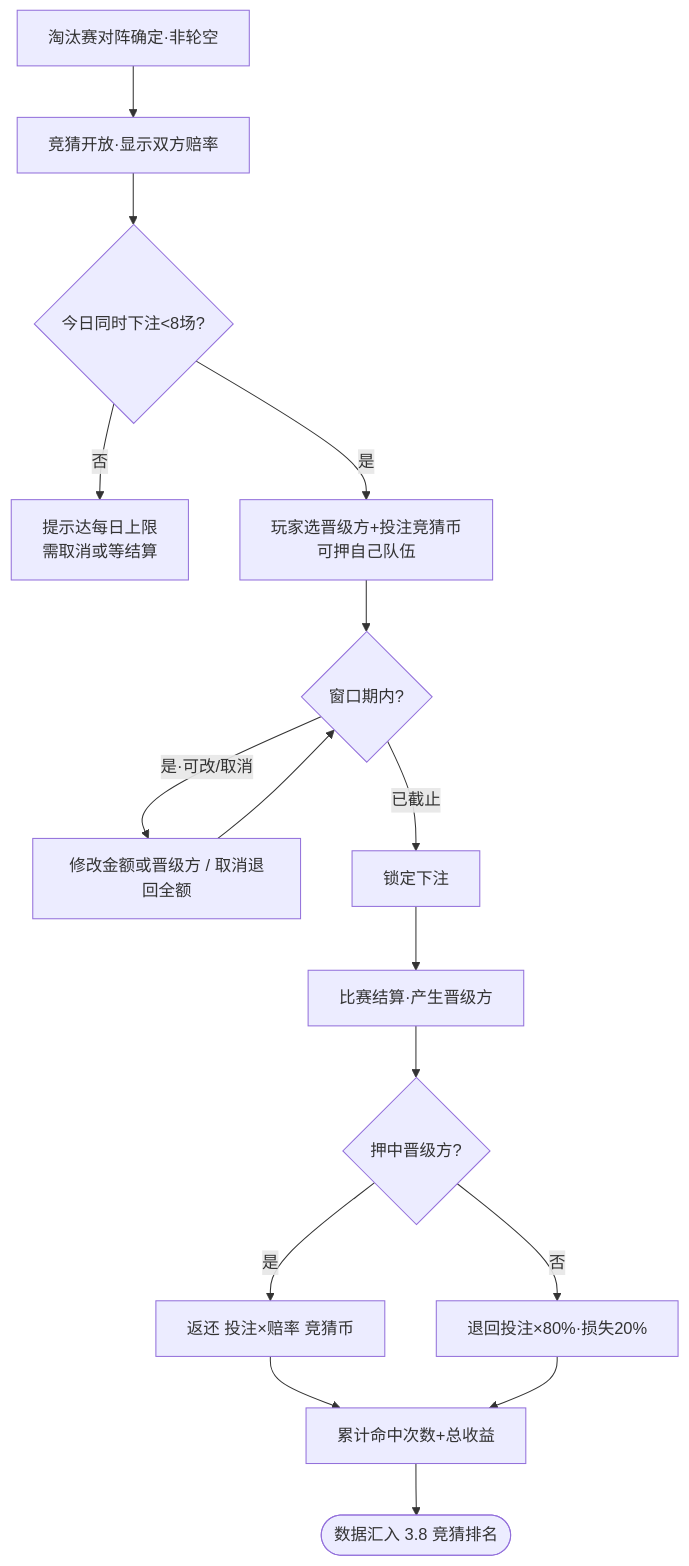
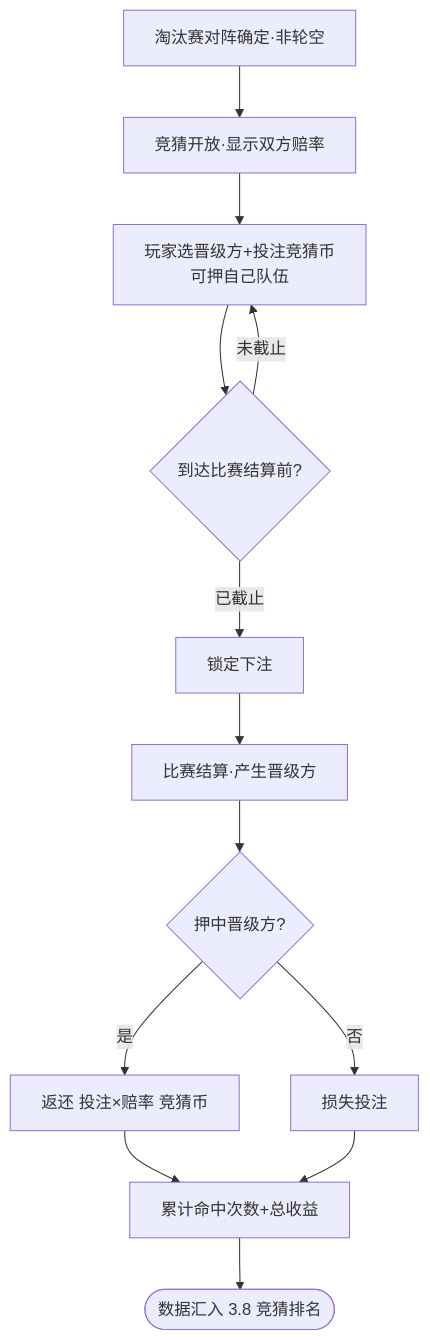
Before and after one commit to RehearsalTap4Fun/MindToDoc: the seventh of 7 diagrams in output/2026世界杯主题活动-开发文档.md, drawn with Mermaid. The commit also changed other lines of this file, not shown here.

````diff
--- a/output/2026世界杯主题活动-开发文档.md
+++ b/output/2026世界杯主题活动-开发文档.md
@@ -726,18 +789,15 @@
 ```mermaid
 flowchart TD
     A[淘汰赛对阵确定·非轮空] --> B[竞猜开放·显示双方赔率]
-    B --> C{今日同时下注<8场?}
-    C -->|否| C2[提示达每日上限<br/>需取消或等结算]
-    C -->|是| D[玩家选晋级方+投注竞猜币<br/>可押自己队伍]
-    D --> E{窗口期内?}
-    E -->|是·可改/取消| F[修改金额或晋级方 / 取消退回全额]
-    F --> E
-    E -->|已截止| G[锁定下注]
-    G --> H[比赛结算·产生晋级方]
-    H --> I{押中晋级方?}
-    I -->|是| J[返还 投注×赔率 竞猜币]
-    I -->|否| K[退回投注×80%·损失20%]
-    J --> L[累计命中次数+总收益]
-    K --> L
-    L --> M([数据汇入 3.8 竞猜排名])
+    B --> C[玩家选晋级方+投注竞猜币<br/>可押自己队伍]
+    C --> D{到达比赛结算前?}
+    D -->|未截止| C
+    D -->|已截止| E[锁定下注]
+    E --> F[比赛结算·产生晋级方]
+    F --> G{押中晋级方?}
+    G -->|是| H[返还 投注×赔率 竞猜币]
+    G -->|否| I[损失投注]
+    H --> J[累计命中次数+总收益]
+    I --> J
+    J --> K([数据汇入 3.8 竞猜排名])
 ```
````
